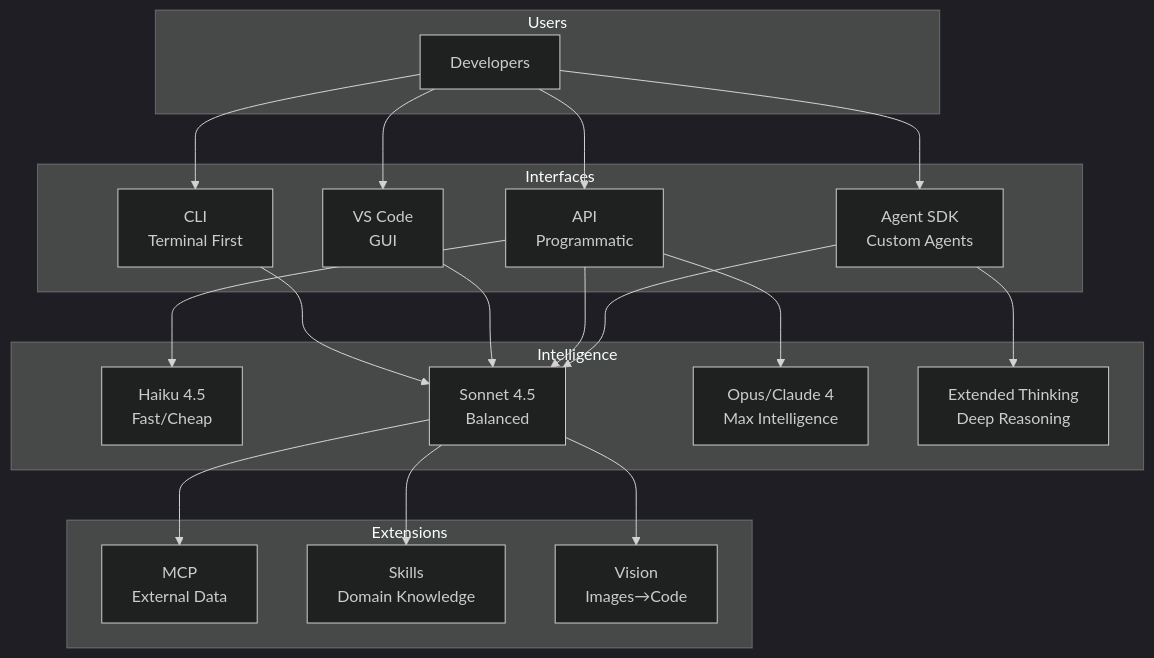
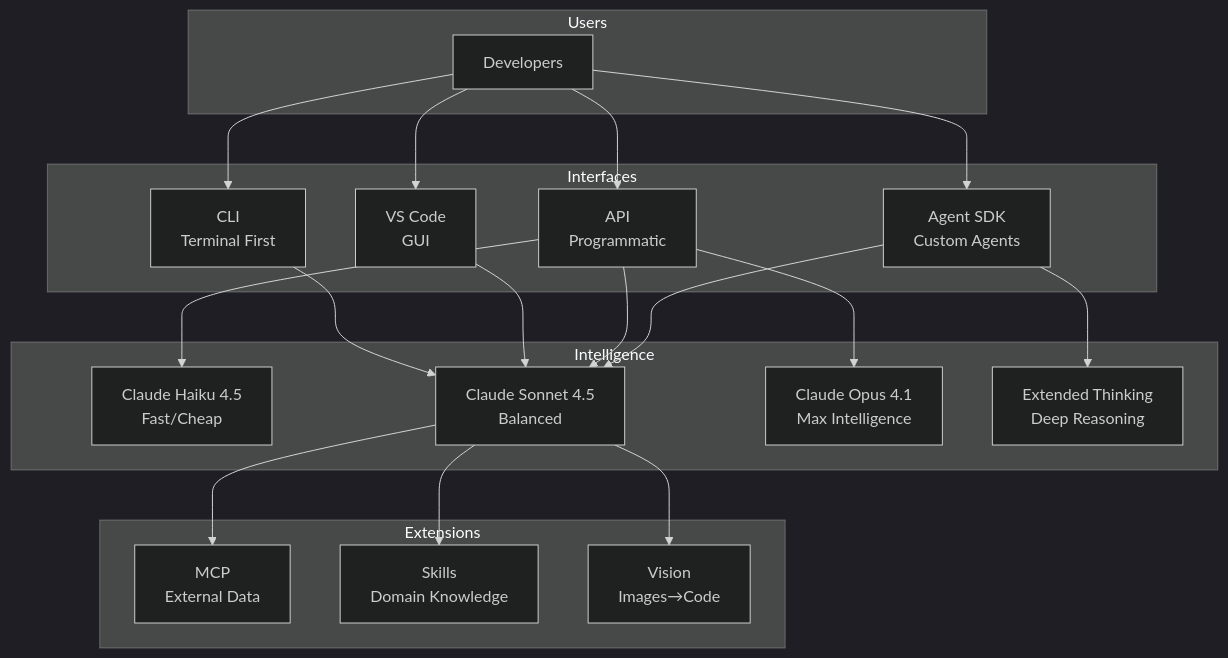
Before and after one commit to slava-kudzinau/cc-guide: the fourth of 4 diagrams in docs/01-fundamentals-core-concepts/01-mental-models.md, drawn with Mermaid (dark theme). The commit also changed other lines of this file, not shown here.

Commit message:
Refactor model naming in documentation to consistently include "Claude" prefix for all models, update model descriptions and use cases for clarity, and enhance decision tree for model selection.

````diff
--- a/docs/01-fundamentals-core-concepts/01-mental-models.md
+++ b/docs/01-fundamentals-core-concepts/01-mental-models.md
@@ -444,43 +449,43 @@
 ```mermaid
 graph TB
     subgraph Users
         Dev[Developers]
     end
     
     subgraph Interfaces
         CLI[CLI<br/>Terminal First]
         VSCode[VS Code<br/>GUI]
         API[API<br/>Programmatic]
         SDK[Agent SDK<br/>Custom Agents]
     end
     
     subgraph Intelligence
-        Haiku[Haiku 4.5<br/>Fast/Cheap]
-        Sonnet[Sonnet 4.5<br/>Balanced]
-        Opus[Opus/Claude 4<br/>Max Intelligence]
+        Haiku[Claude Haiku 4.5<br/>Fast/Cheap]
+        Sonnet[Claude Sonnet 4.5<br/>Balanced]
+        Opus[Claude Opus 4.1<br/>Max Intelligence]
         Extended[Extended Thinking<br/>Deep Reasoning]
     end
     
     subgraph Extensions
         MCP[MCP<br/>External Data]
         Skills[Skills<br/>Domain Knowledge]
         Vision[Vision<br/>Images→Code]
     end
     
     Dev --> CLI
     Dev --> VSCode
     Dev --> API
     Dev --> SDK
     
     CLI --> Sonnet
     VSCode --> Sonnet
     API --> Haiku
     API --> Sonnet
     API --> Opus
     SDK --> Sonnet
     SDK --> Extended
     
     Sonnet --> MCP
     Sonnet --> Skills
     Sonnet --> Vision
 ```
````
